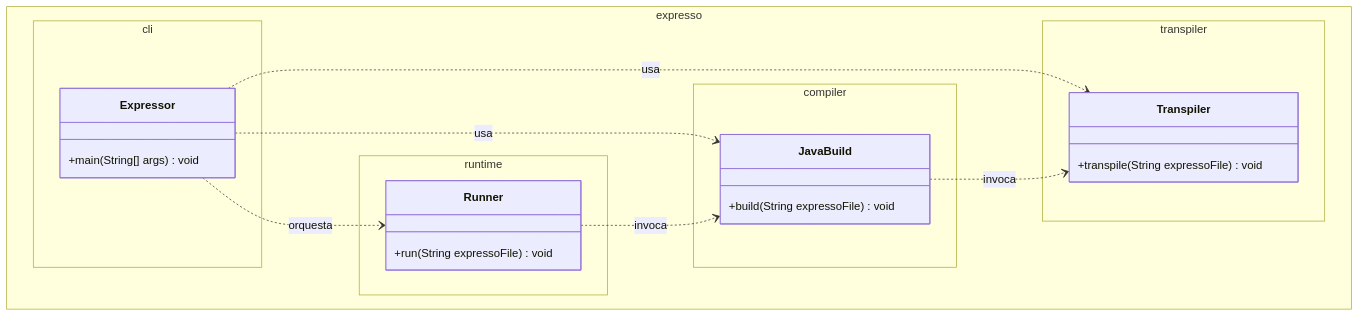
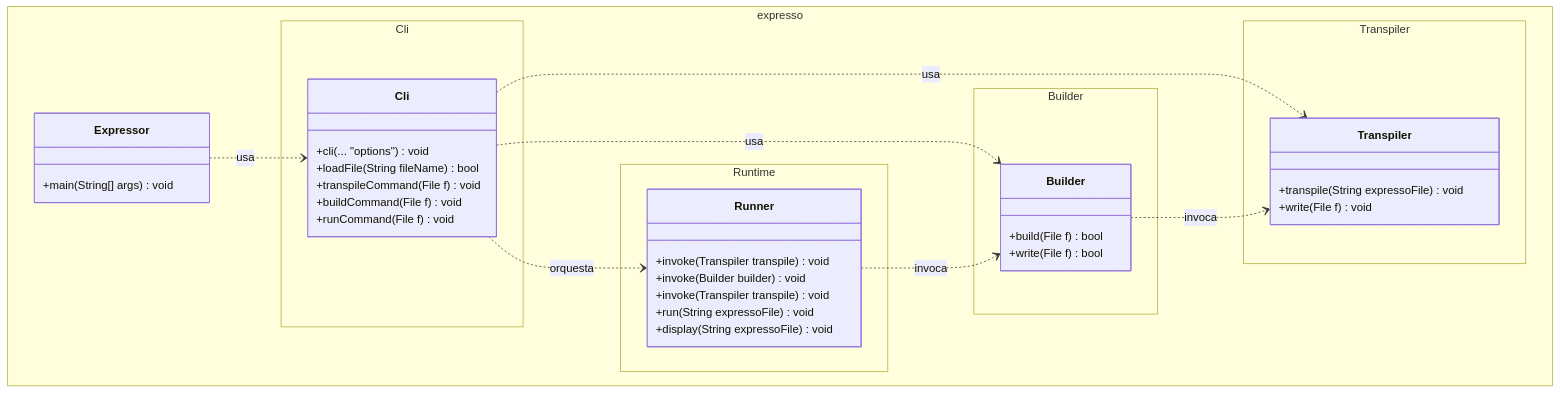
One commit to anthonyOviedo/Expresso changed the diagram in UML.mmd. Above: the diagram before and after it, drawn with Mermaid.

Commit message:
updating uml

```diff
--- a/UML.mmd
+++ b/UML.mmd
@@ -1,37 +1,56 @@
 classDiagram
 %% =======================
 %% Paquetes / namespaces
 %% =======================
-namespace expresso.cli {
+
+namespace expresso{
   class Expressor {
     +main(String[] args) void
   }
 }
 
-namespace expresso.transpiler {
-  class Transpiler {
-    +transpile(String expressoFile) void
+namespace expresso.Cli {
+  class Cli {
+    +cli(... "options") void
+    +loadFile(String fileName) bool
+    +transpileCommand(File f) void
+    +buildCommand(File f) void
+    +runCommand(File f) void
   }
 }
 
-namespace expresso.compiler {
-  class JavaBuild {
-    +build(String expressoFile) void
+
+namespace expresso.Transpiler {
+  class Transpiler {
+    +transpile(String expressoFile) void
+    +write(File f) void
   }
 }
 
-namespace expresso.runtime {
+namespace expresso.Builder {
+  class Builder {
+    +build(File f) bool
+    +write(File f) bool
+  }
+}
+
+namespace expresso.Runtime {
   class Runner {
+    +invoke(Transpiler transpile) void
+    +invoke(Builder builder) void
+    +invoke(Transpiler transpile) void
     +run(String expressoFile) void
+    +display(String expressoFile) void
   }
 }
 
 %% =======================
 %% Relaciones internas
 %% =======================
-Expressor ..> Transpiler : usa
-Expressor ..> JavaBuild  : usa
-Expressor ..> Runner     : orquesta
+Expressor ..> Cli : usa
+Cli ..> Transpiler : usa
+Cli ..> Builder  : usa
+Cli ..> Runner     : orquesta
 
-JavaBuild ..> Transpiler : invoca
-Runner    ..> JavaBuild  : invoca
+Builder ..> Transpiler : invoca
+Runner    ..> Builder  : invoca
```
